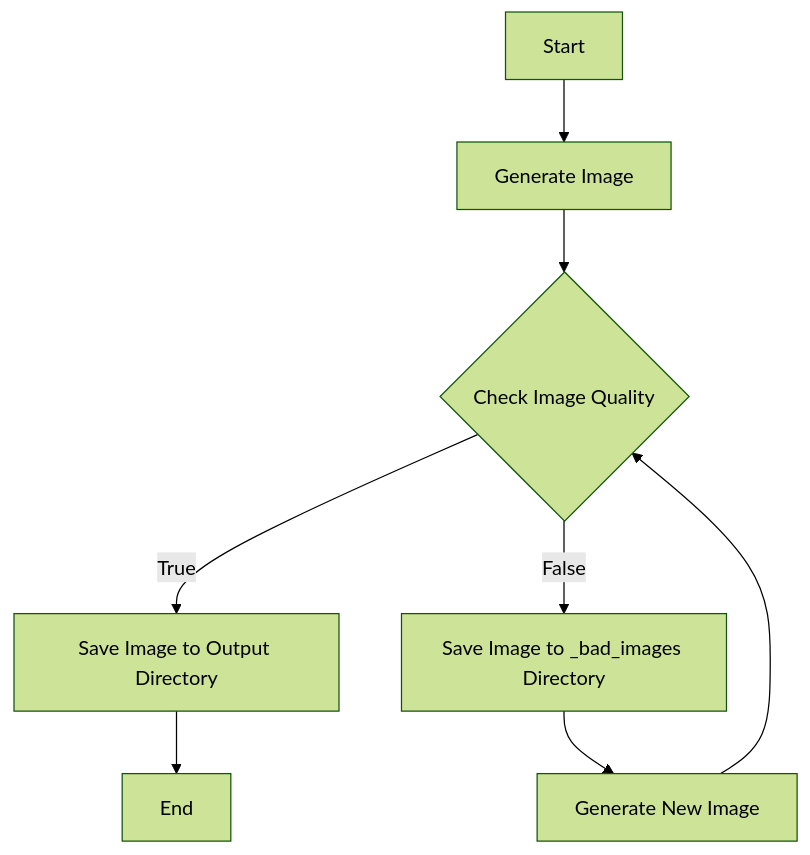
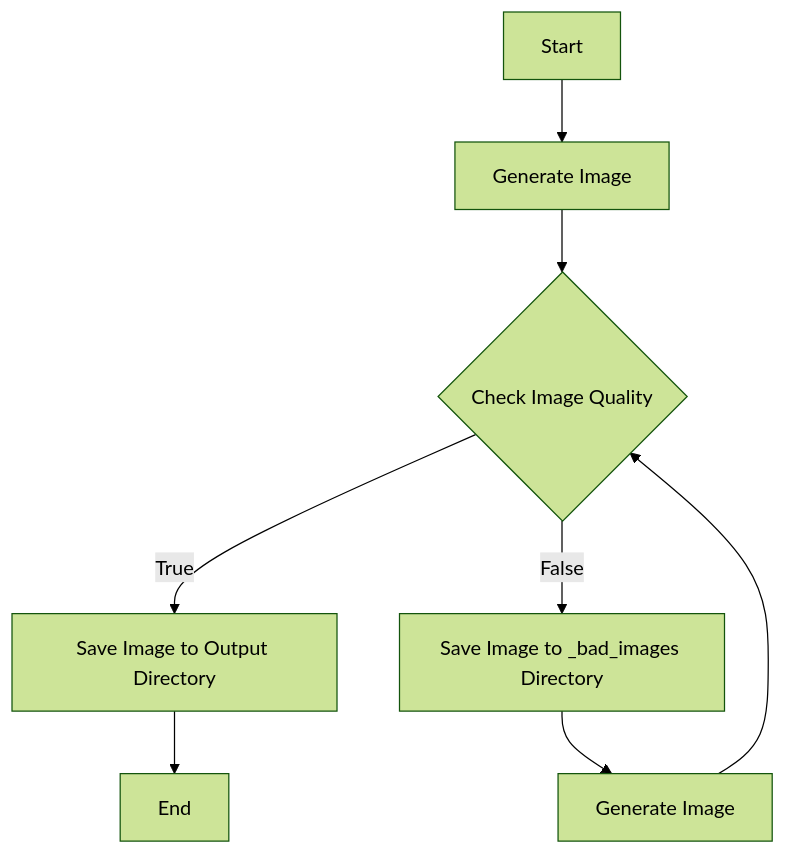
The diagram in README.md (guming3d/Azure_OpenAI_Dalle3_image_generation_with_GPT_as_reviewer), drawn with Mermaid (forest theme) before and after one commit.

Commit message:
docs: Update flowchart description in README.md

````diff
--- a/README.md
+++ b/README.md
@@ -48,10 +48,10 @@
 ```mermaid
 flowchart TD
     A[Start] --> B[Generate Image]
     B --> C{Check Image Quality}
     C -->|True| D[Save Image to Output Directory]
     C -->|False| E[Save Image to _bad_images Directory]
-    E --> F[Generate New Image]
+    E --> F[Generate Image]
     F --> C
     D --> G[End]
 ```
````
